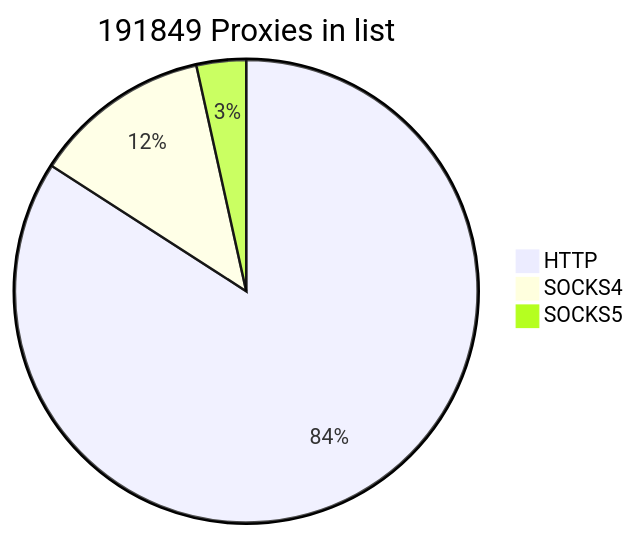
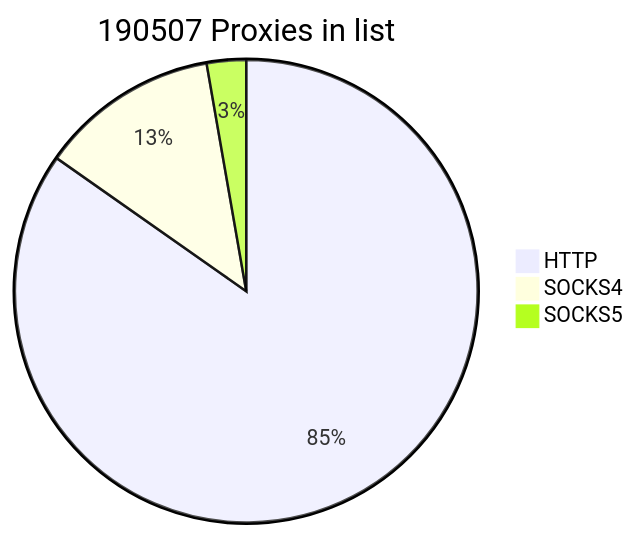
Before and after one commit to cutipu/proxylist: the first of 2 diagrams in README.md, drawn with Mermaid. The commit also changed other lines of this file, not shown here.

````diff
--- a/README.md
+++ b/README.md
@@ -2,7 +2,7 @@
 ```mermaid
-pie title 191849 Proxies in list
-    "HTTP" : 161368
-    "SOCKS4" : 23839
-    "SOCKS5" : 6642
+pie title 190507 Proxies in list
+    "HTTP" : 161443
+    "SOCKS4" : 23835
+    "SOCKS5" : 5229
             
 ```
````
